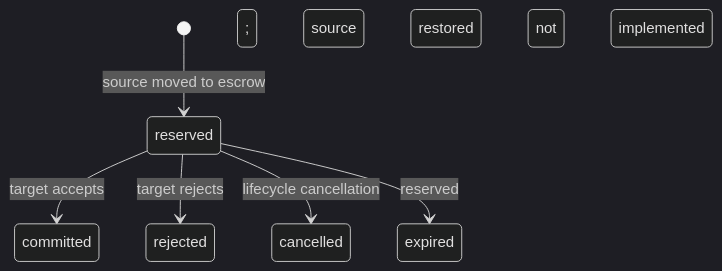
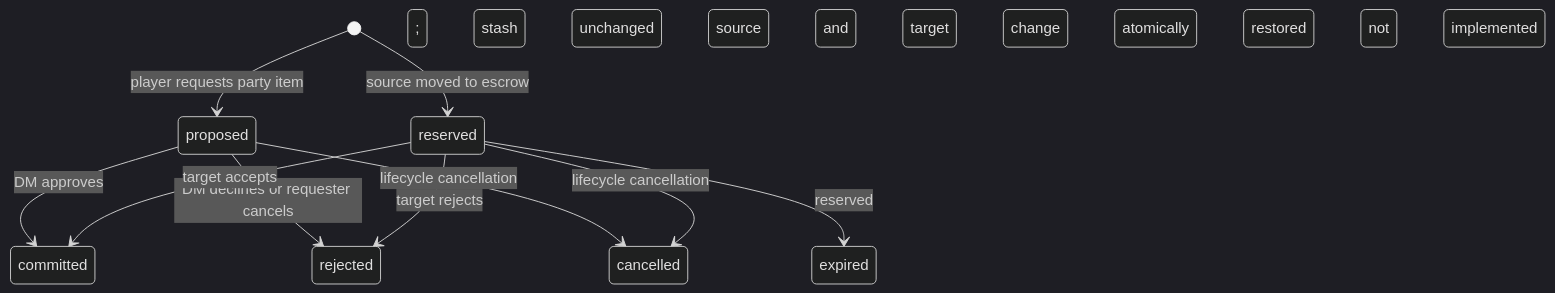
One commit to TrueMichato/ThelemarTools changed the sixth of 7 diagrams in docs/hub/domain-model.md. Above: the diagram before and after it, drawn with Mermaid (dark theme). The commit also changed other lines of this file and 26 other files, not shown here.

````diff
--- a/docs/hub/domain-model.md
+++ b/docs/hub/domain-model.md
@@ -194,8 +194,12 @@
 ```mermaid
 stateDiagram-v2
+  [*] --> proposed: player requests party item; stash unchanged
+  proposed --> committed: DM approves; source and target change atomically
+  proposed --> rejected: DM declines or requester cancels; stash unchanged
+  proposed --> cancelled: lifecycle cancellation; stash unchanged
   [*] --> reserved: source moved to escrow
   reserved --> committed: target accepts
   reserved --> rejected: target rejects; source restored
   reserved --> cancelled: lifecycle cancellation; source restored
   reserved --> expired: reserved; not implemented
 ```
````
